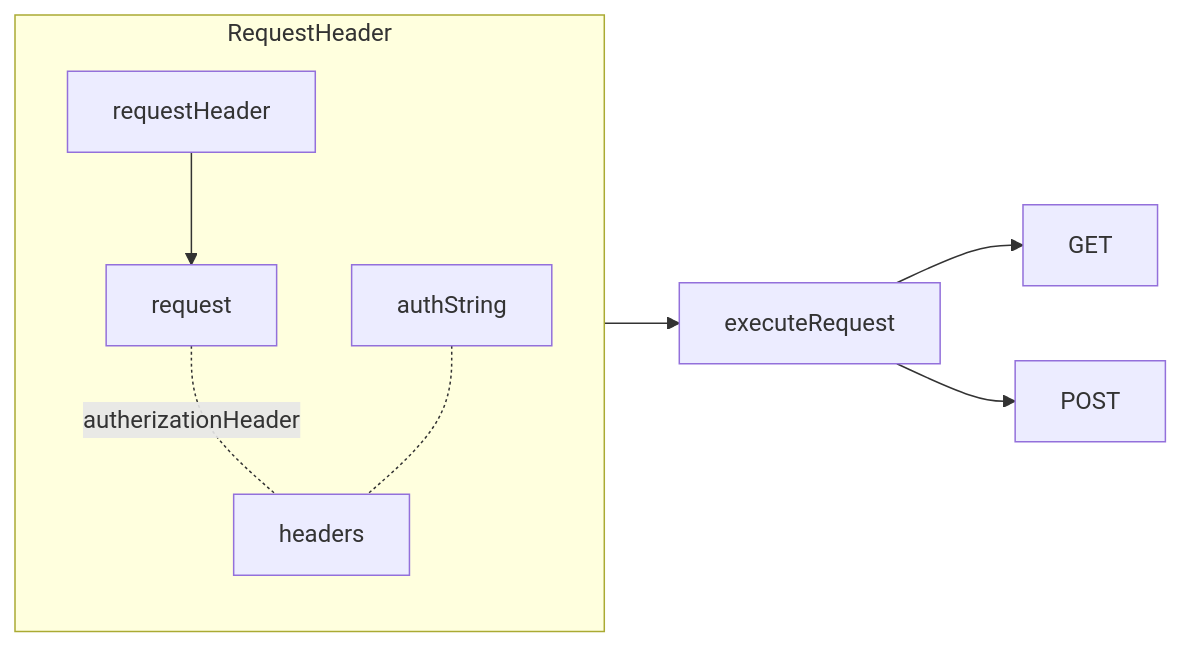
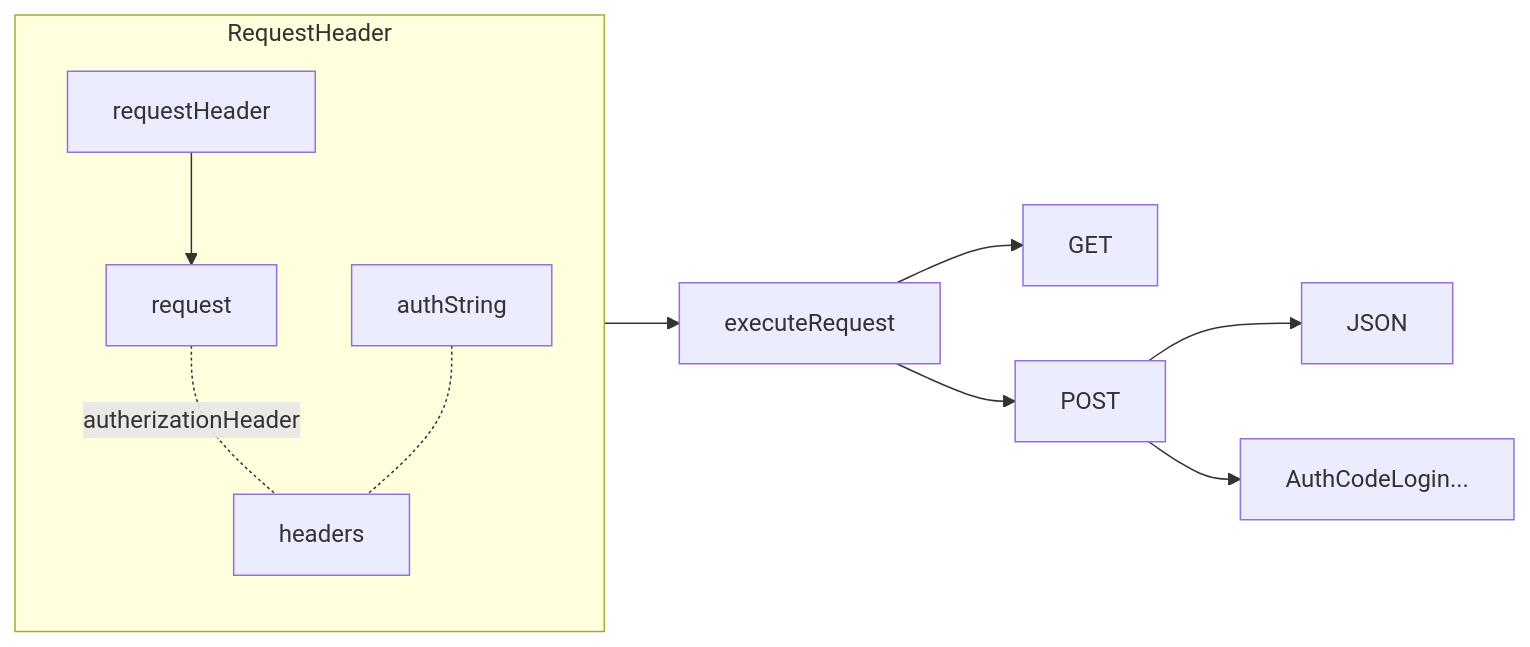
One commit to gordianknotC/nxp_note changed the fifth of 7 diagrams in newage/astro.md. Above: the diagram before and after it, drawn with Mermaid. The commit also changed other lines of this file, not shown here.

````diff
--- a/newage/astro.md
+++ b/newage/astro.md
@@ -66,12 +66,14 @@
 ```mermaid
 graph LR
 subgraph RequestHeader
 request -.-|autherizationHeader| headers
 authString -.- headers
 requestHeader --> request
 end
 RequestHeader --> executeRequest  
 executeRequest --> GET
 executeRequest --> POST
-
+POST --> JSON
+JSON 
+POST --> AuthCodeLogin...
 ```
````
